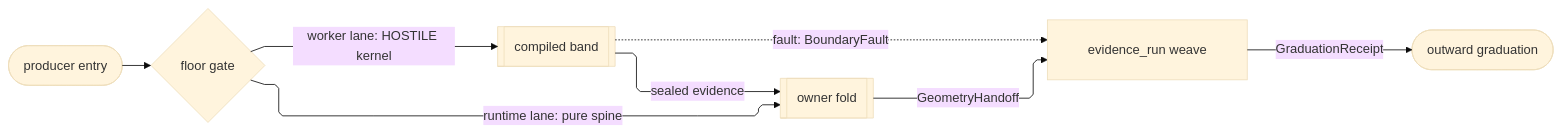
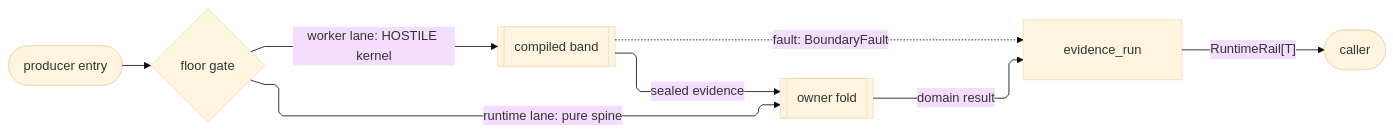
The fourth of 4 diagrams in libs/python/geometry/ARCHITECTURE.md (bsamiee/Rasm), drawn with Mermaid (base theme) before and after one commit. The commit also changed other lines of this file and 1417 other files, not shown here.

````diff
--- a/libs/python/geometry/ARCHITECTURE.md
+++ b/libs/python/geometry/ARCHITECTURE.md
@@ -190,19 +188,19 @@
 ```mermaid
 ---
 config:
   layout: elk
   flowchart:
     curve: linear
     padding: 25
 ---
 flowchart LR
     accTitle: Geometry producer interior spine
-    accDescr: Which lane carries a producer body and how its evidence reaches the weave before the receipt crosses outward.
+    accDescr: Which lane carries a producer body and how its result returns through runtime observation.
     Intake([producer entry]) e1@--> Floor{floor gate}
     Floor e2@-->|"runtime lane: pure spine"| Fold[[owner fold]]
     Floor e3@-->|"worker lane: HOSTILE kernel"| Kernel[[compiled band]]
     Kernel e4@-->|"sealed evidence"| Fold
-    Fold e5@-->|"GeometryHandoff"| Weave[evidence_run weave]
-    Weave e6@-->|"GraduationReceipt"| Out([outward graduation])
+    Fold e5@-->|"domain result"| Weave[evidence_run]
+    Weave e6@-->|"RuntimeRail[T]"| Out([caller])
     Kernel f1@-.->|"fault: BoundaryFault"| Weave
 ```
````
